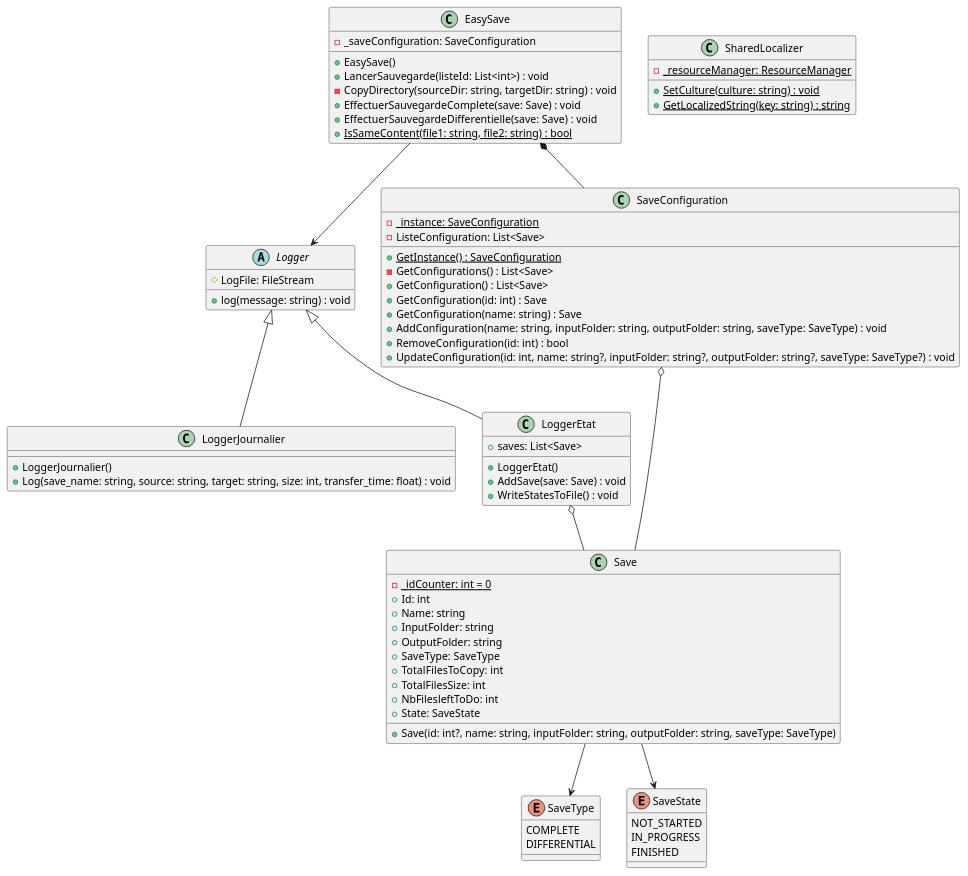
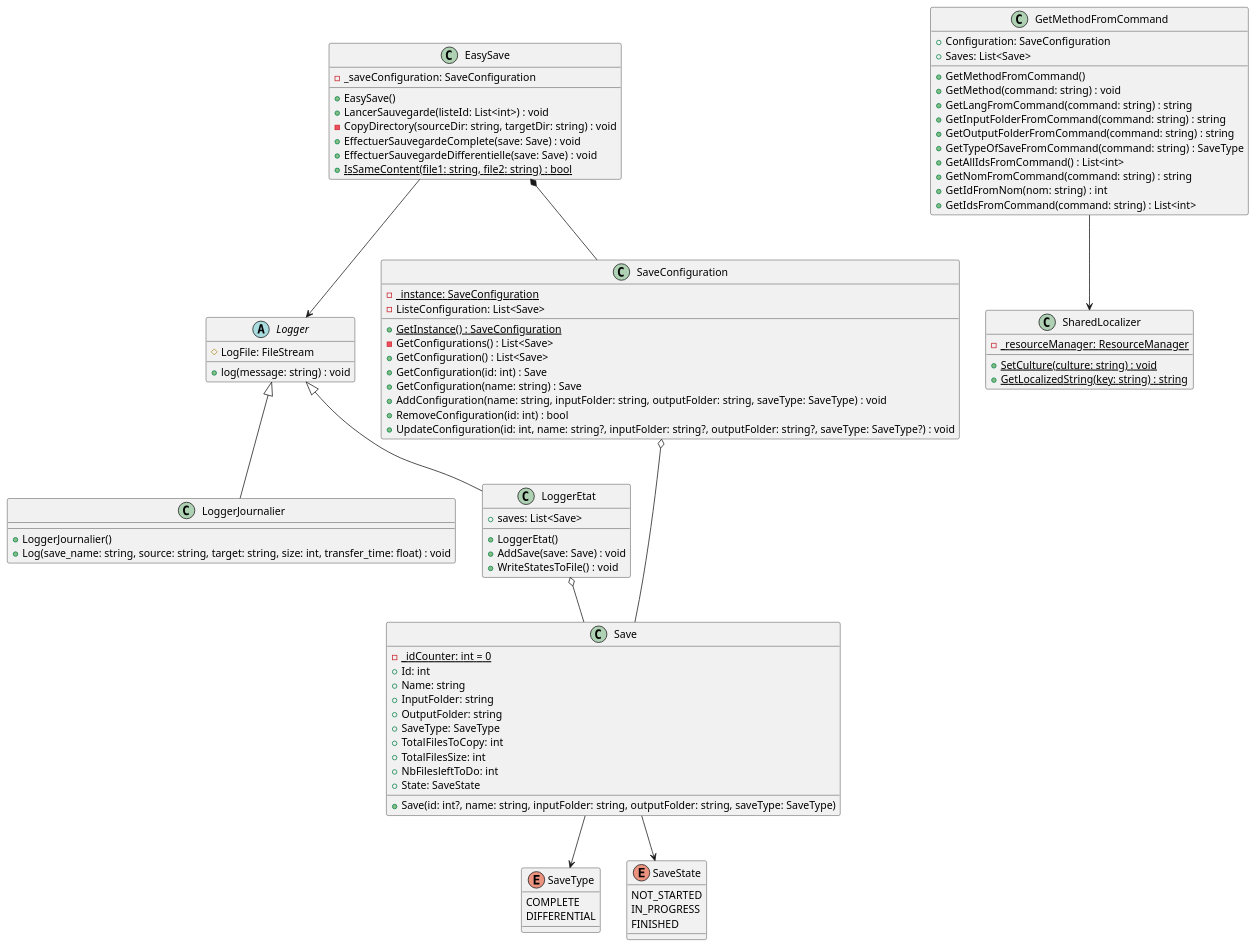
One commit to Melvin-Menanteau/EasySave changed the diagram in UML/ClassDiagram.plantuml. Above: the diagram before and after it, drawn with PlantUML.

Commit message:
feat (UML/ClassDiagram): add GetMethodFromCommand class

```diff
--- a/UML/ClassDiagram.plantuml
+++ b/UML/ClassDiagram.plantuml
@@ -1,81 +1,97 @@
 @startuml Diagramme de classe
 abstract class Logger {
     #LogFile: FileStream
     +log(message: string) : void
 }
 
 Logger <|-- LoggerJournalier
 class LoggerJournalier {
     +LoggerJournalier()
     +Log(save_name: string, source: string, target: string, size: int, transfer_time: float) : void
 }
 
 Logger <|-- LoggerEtat
 LoggerEtat o-- Save
 class LoggerEtat {
     +saves: List<Save>
     +LoggerEtat()
     +AddSave(save: Save) : void
     +WriteStatesToFile() : void
 }
 
 EasySave *-- SaveConfiguration
 EasySave --> Logger
 class EasySave {
     -_saveConfiguration: SaveConfiguration
     +EasySave()
     +LancerSauvegarde(listeId: List<int>) : void
     -CopyDirectory(sourceDir: string, targetDir: string) : void
     +EffectuerSauvegardeComplete(save: Save) : void
     +EffectuerSauvegardeDifferentielle(save: Save) : void
     {static}+IsSameContent(file1: string, file2: string) : bool
 }
 
 SaveConfiguration o-- Save
 class SaveConfiguration {
 	{static}-_instance: SaveConfiguration
 	-ListeConfiguration: List<Save>
 	{static}+GetInstance() : SaveConfiguration
 	-GetConfigurations() : List<Save>
 	+GetConfiguration() : List<Save>
 	+GetConfiguration(id: int) : Save
 	+GetConfiguration(name: string) : Save
 	+AddConfiguration(name: string, inputFolder: string, outputFolder: string, saveType: SaveType) : void
 	+RemoveConfiguration(id: int) : bool
 	+UpdateConfiguration(id: int, name: string?, inputFolder: string?, outputFolder: string?, saveType: SaveType?) : void
 }
 
 enum SaveType {
   COMPLETE
   DIFFERENTIAL
 }
 
 enum SaveState {
   NOT_STARTED
   IN_PROGRESS
   FINISHED
 }
 
 Save --> SaveType
 Save --> SaveState
 class Save {
 	{static}-_idCounter: int = 0
 	+Id: int
 	+Name: string
 	+InputFolder: string
 	+OutputFolder: string
 	+SaveType: SaveType
 	+TotalFilesToCopy: int
 	+TotalFilesSize: int
 	+NbFilesleftToDo: int
 	+State: SaveState
 	+Save(id: int?, name: string, inputFolder: string, outputFolder: string, saveType: SaveType)
 
 }
 
 class SharedLocalizer {
 	{static}-_resourceManager: ResourceManager
 	{static}+SetCulture(culture: string) : void
 	{static}+GetLocalizedString(key: string) : string
 }
+
+GetMethodFromCommand --> SharedLocalizer
+class GetMethodFromCommand {
+	+Configuration: SaveConfiguration
+	+Saves: List<Save>
+	+GetMethodFromCommand()
+	+GetMethod(command: string) : void
+	+GetLangFromCommand(command: string) : string
+	+GetInputFolderFromCommand(command: string) : string
+	+GetOutputFolderFromCommand(command: string) : string
+	+GetTypeOfSaveFromCommand(command: string) : SaveType
+	+GetAllIdsFromCommand() : List<int>
+	+GetNomFromCommand(command: string) : string
+	+GetIdFromNom(nom: string) : int
+	+GetIdsFromCommand(command: string) : List<int>
+}
 @enduml
```
